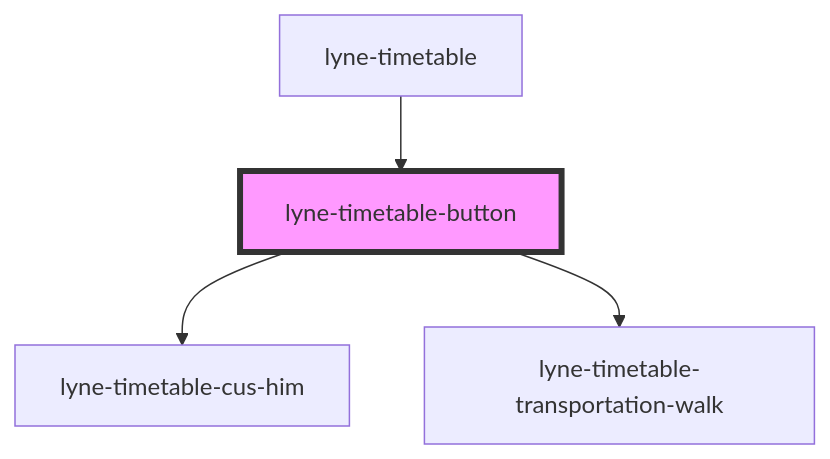
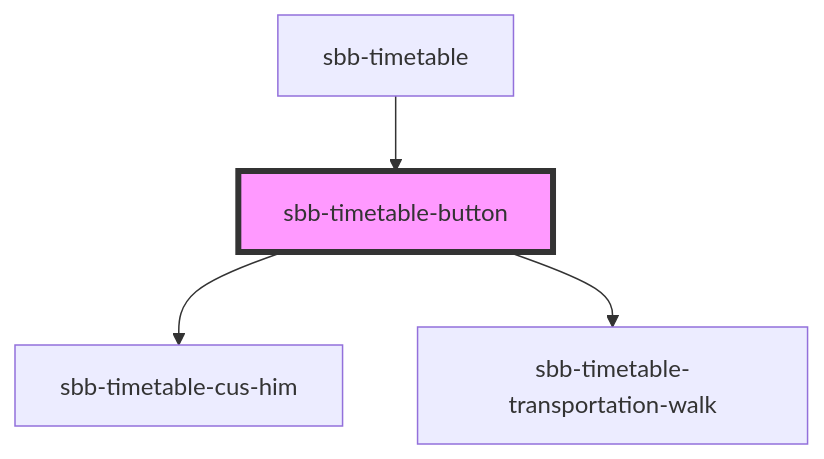
The diagram in src/components/sbb-timetable-button/readme.md (sbb-design-systems/lyne-components), drawn with Mermaid before and after one commit. The commit also changed other lines of this file and 348 other files, not shown here.

Commit message:
refactor: 'lyne' prefix renamed to 'sbb'

````diff
--- a/src/components/sbb-timetable-button/readme.md
+++ b/src/components/sbb-timetable-button/readme.md
@@ -31,7 +31,7 @@
 ```mermaid
 graph TD;
-  lyne-timetable-button --> lyne-timetable-cus-him
-  lyne-timetable-button --> lyne-timetable-transportation-walk
-  lyne-timetable --> lyne-timetable-button
-  style lyne-timetable-button fill:#f9f,stroke:#333,stroke-width:4px
+  sbb-timetable-button --> sbb-timetable-cus-him
+  sbb-timetable-button --> sbb-timetable-transportation-walk
+  sbb-timetable --> sbb-timetable-button
+  style sbb-timetable-button fill:#f9f,stroke:#333,stroke-width:4px
 ```
````
